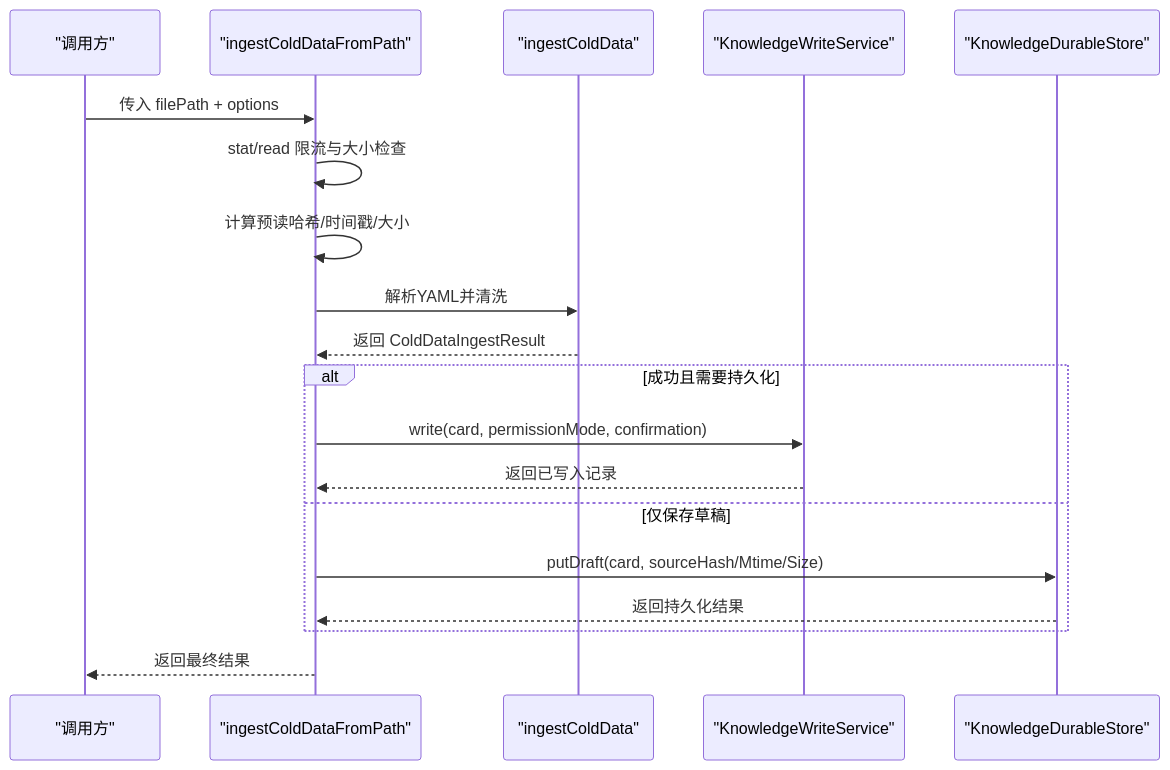
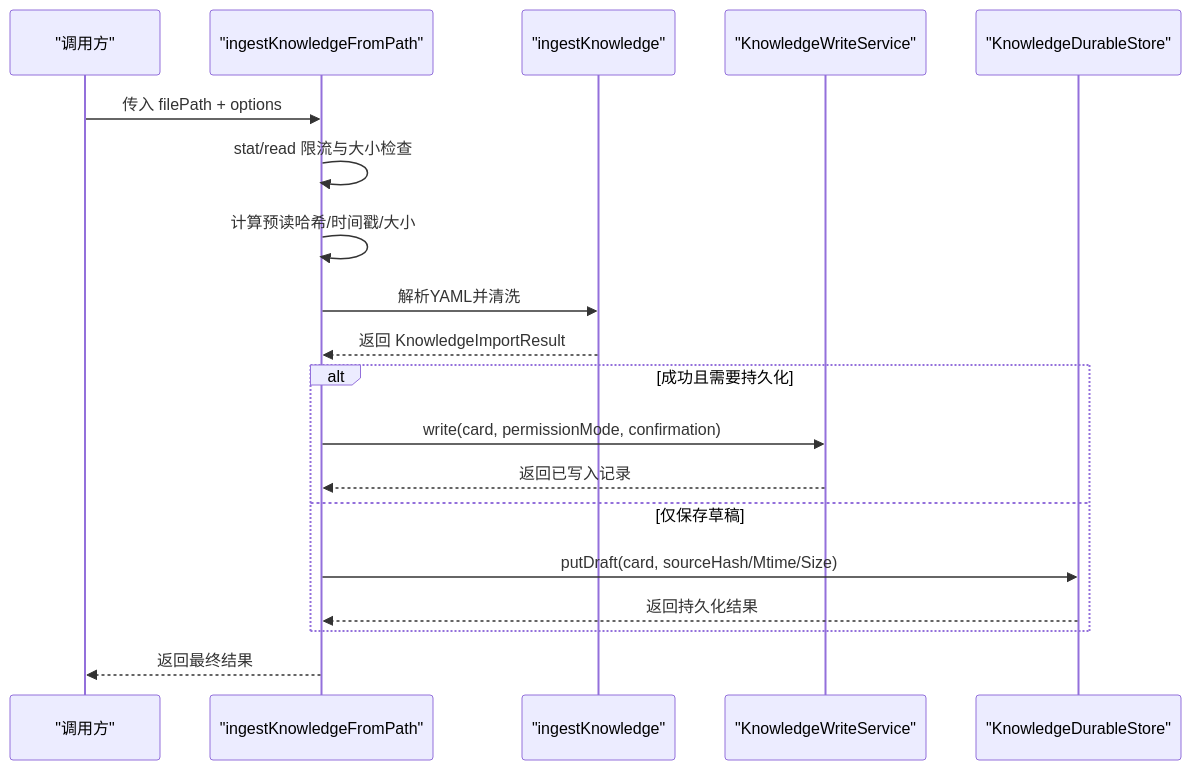
Before and after one commit to haolange/RDC-Agent: the second of 4 diagrams in .qoder/repowiki/zh/content/架构设计/核心组件设计/知识编译服务设计/冷数据导入.md, drawn with Mermaid. The commit also changed other lines of this file and 90 other files, not shown here.

````diff
--- a/.qoder/repowiki/zh/content/架构设计/核心组件设计/知识编译服务设计/冷数据导入.md
+++ b/.qoder/repowiki/zh/content/架构设计/核心组件设计/知识编译服务设计/冷数据导入.md
@@ -90,21 +98,21 @@
 ```mermaid
 sequenceDiagram
 participant U as "调用方"
-participant I as "ingestColdDataFromPath"
-participant P as "ingestColdData"
+participant I as "ingestKnowledgeFromPath"
+participant P as "ingestKnowledge"
 participant W as "KnowledgeWriteService"
 participant S as "KnowledgeDurableStore"
 U->>I : 传入 filePath + options
 I->>I : stat/read 限流与大小检查
 I->>I : 计算预读哈希/时间戳/大小
 I->>P : 解析YAML并清洗
-P-->>I : 返回 ColdDataIngestResult
+P-->>I : 返回 KnowledgeImportResult
 alt 成功且需要持久化
 I->>W : write(card, permissionMode, confirmation)
 W-->>I : 返回已写入记录
 else 仅保存草稿
 I->>S : putDraft(card, sourceHash/Mtime/Size)
 S-->>I : 返回持久化结果
 end
 I-->>U : 返回最终结果
 ```
````
